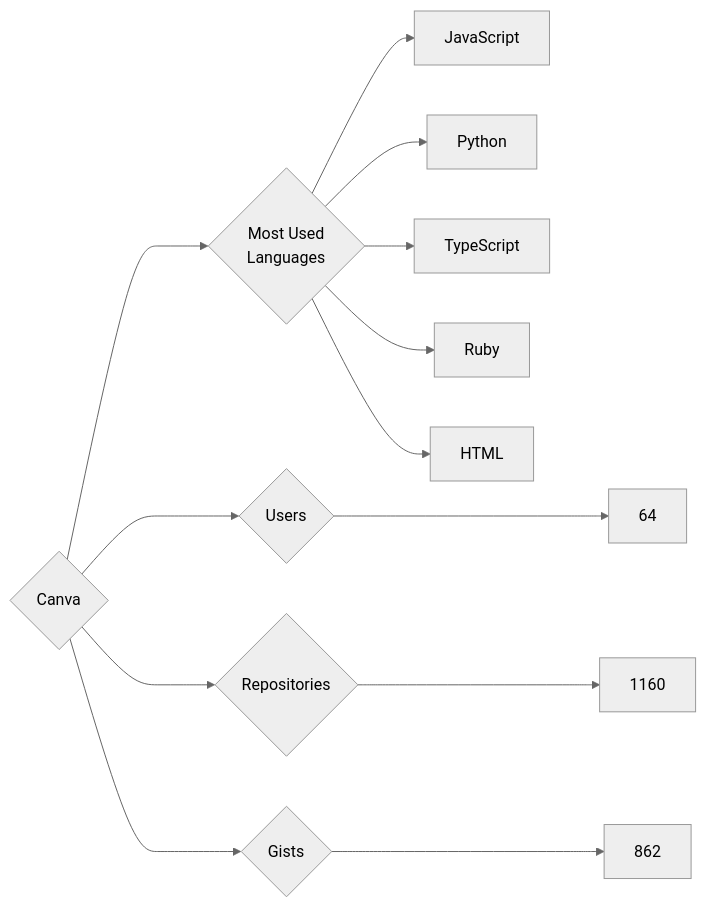
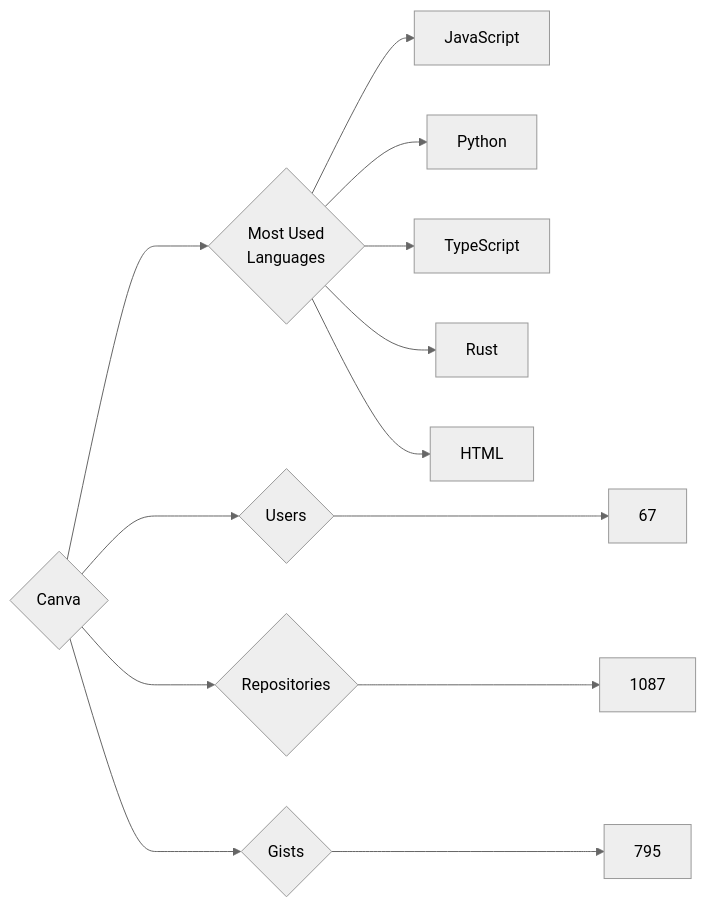
Before and after one commit to trickest/insiders: the diagram in targets/Canva/README.md, drawn with Mermaid (neutral theme). The commit also changed 965 other files, not shown here.

````diff
--- a/targets/Canva/README.md
+++ b/targets/Canva/README.md
@@ -3,13 +3,13 @@
 ```mermaid
 graph LR
 COMPANY_NAME{Canva}
-COMPANY_NAME ---> U{Users} ---> UN[64]
-COMPANY_NAME ---> R{Repositories} ---> RN[1160]
-COMPANY_NAME ---> G{Gists} ---> GN[862]
+COMPANY_NAME ---> U{Users} ---> UN[67]
+COMPANY_NAME ---> R{Repositories} ---> RN[1087]
+COMPANY_NAME ---> G{Gists} ---> GN[795]
 COMPANY_NAME ---> ML{Most Used<br>Languages}
 ML --> JavaScript[JavaScript]
 ML --> Python[Python]
 ML --> TypeScript[TypeScript]
-ML --> Ruby[Ruby]
+ML --> Rust[Rust]
 ML --> HTML[HTML]
 ```
````
